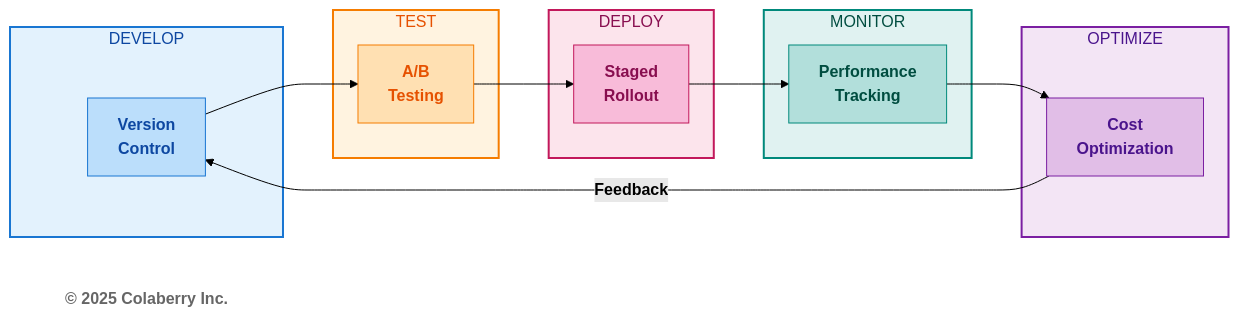
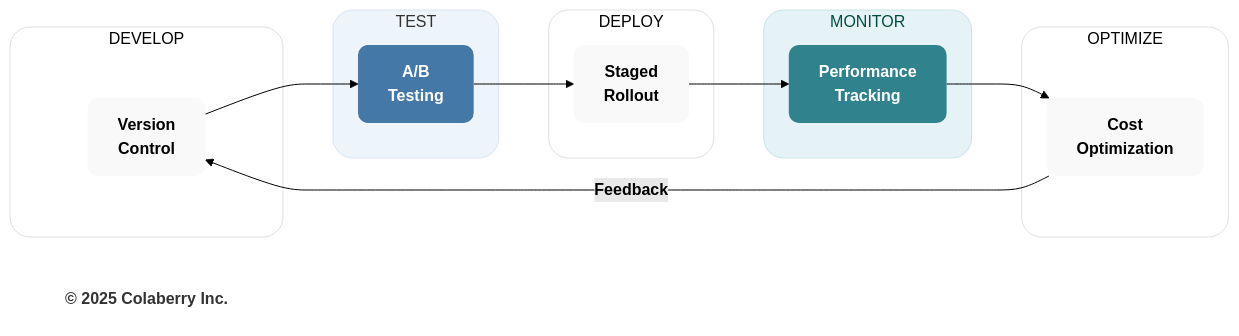
One commit to saitejesh-cyber/trust-before-intelligence-book changed the third of 6 diagrams in manuscript/13_chapter_12_running_agents_at_scale.md. Above: the diagram before and after it, drawn with Mermaid (forest theme). The commit also changed other lines of this file and 7 other files, not shown here.

Commit message:
Chapter 6to13: Updated mermaid diagrams based on new colaberry color code

````diff
--- a/manuscript/13_chapter_12_running_agents_at_scale.md
+++ b/manuscript/13_chapter_12_running_agents_at_scale.md
@@ -318,39 +318,39 @@
 ```mermaid
 graph LR
     subgraph DEVELOP["DEVELOP"]
         D1["<b>Version<br/>Control</b>"]
     end
     
     subgraph TEST["TEST"]
         T1["<b>A/B<br/>Testing</b>"]
     end
     
     subgraph DEPLOY["DEPLOY"]
         P1["<b>Staged<br/>Rollout</b>"]
     end
     
     subgraph MONITOR["MONITOR"]
         M1["<b>Performance<br/>Tracking</b>"]
     end
     
     subgraph OPTIMIZE["OPTIMIZE"]
         O1["<b>Cost<br/>Optimization</b>"]
     end
     
     D1 --> T1 --> P1 --> M1 --> O1
     O1 -->|<b>Feedback</b>| D1
     
     Copyright["<b>© 2025 Colaberry Inc.</b>"]
     
-    style DEVELOP fill:#e3f2fd,stroke:#1976d2,stroke-width:2px,color:#0d47a1
-    style TEST fill:#fff3e0,stroke:#f57c00,stroke-width:2px,color:#e65100
-    style DEPLOY fill:#fce4ec,stroke:#c2185b,stroke-width:2px,color:#880e4f
-    style MONITOR fill:#e0f2f1,stroke:#00897b,stroke-width:2px,color:#004d40
-    style OPTIMIZE fill:#f3e5f5,stroke:#7b1fa2,stroke-width:2px,color:#4a148c
-    style D1 fill:#bbdefb,stroke:#1976d2,color:#0d47a1
-    style T1 fill:#ffe0b2,stroke:#f57c00,color:#e65100
-    style P1 fill:#f8bbd9,stroke:#c2185b,color:#880e4f
-    style M1 fill:#b2dfdb,stroke:#00897b,color:#004d40
-    style O1 fill:#e1bee7,stroke:#7b1fa2,color:#4a148c
-    style Copyright fill:#ffffff,stroke:none,color:#666666
+    style DEVELOP fill:#ffffff,stroke:#e0e0e0,stroke-width:1px,color:#000000,rx:20,ry:20
+    style TEST fill:#edf4fa,stroke:#d6e4f2,stroke-width:1px,color:#333333,rx:20,ry:20
+    style DEPLOY fill:#ffffff,stroke:#e0e0e0,stroke-width:1px,color:#000000,rx:20,ry:20
+    style MONITOR fill:#e6f3f6,stroke:#c7e3ea,stroke-width:1px,color:#004d40,rx:20,ry:20
+    style OPTIMIZE fill:#ffffff,stroke:#e0e0e0,stroke-width:1px,color:#000000,rx:20,ry:20
+    style D1 fill:#f9f9f9,stroke:none,color:#000000,rx:10,ry:10
+    style T1 fill:#4478A6,stroke:none,color:#ffffff,rx:10,ry:10
+    style P1 fill:#f9f9f9,stroke:none,color:#000000,rx:10,ry:10
+    style M1 fill:#30838C,stroke:none,color:#ffffff,rx:10,ry:10
+    style O1 fill:#f9f9f9,stroke:none,color:#000000,rx:10,ry:10
+    style Copyright fill:none,stroke:none,color:#333333
 ```
````
